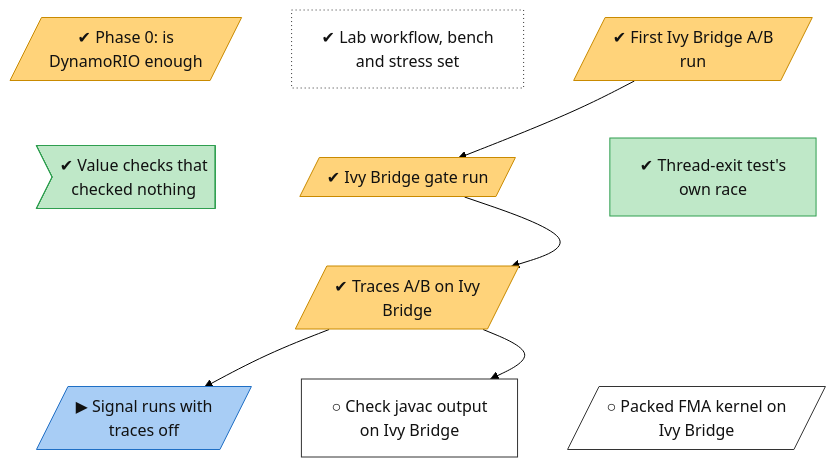
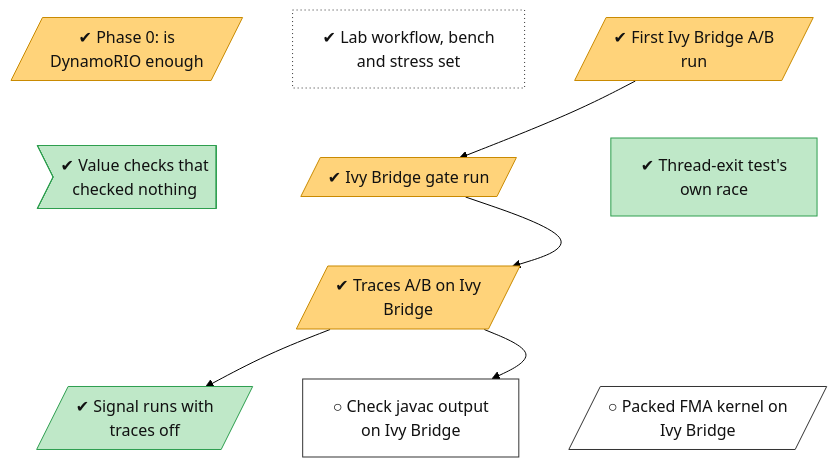
Before and after one commit to lhns/v3compat: the diagram in docs/roadmap/tracks/lab.md, drawn with Mermaid (forest theme). The commit also changed other lines of this file and 5 other files, not shown here.

First line of the commit message:
plan: traces off meets the signal gate on Ivy Bridge (0 of 1,000)

````diff
--- a/docs/roadmap/tracks/lab.md
+++ b/docs/roadmap/tracks/lab.md
@@ -10,45 +10,44 @@
 ```mermaid
 flowchart TB
     lab_phase0[/"✔ Phase 0: is<br/>DynamoRIO enough"/]
     lab_tooling["✔ Lab workflow, bench<br/>and stress set"]
     lab_ivy_ab[/"✔ First Ivy Bridge A/B<br/>run"/]
     lab_noop_value_checks>"✔ Value checks that<br/>checked nothing"]
     lab_ivy_gate[/"✔ Ivy Bridge gate run"/]
     lab_thread_exit_test["✔ Thread-exit test's<br/>own race"]
     lab_ivy_traces[/"✔ Traces A/B on Ivy<br/>Bridge"/]
-    lab_ivy_traces_signal[/"▶ Signal runs with<br/>traces off"/]
+    lab_ivy_traces_signal[/"✔ Signal runs with<br/>traces off"/]
     lab_javac_digest["○ Check javac output<br/>on Ivy Bridge"]
     lab_fma_ivy[/"○ Packed FMA kernel on<br/>Ivy Bridge"/]
     lab_phase0 ~~~ lab_noop_value_checks
     lab_tooling ~~~ lab_ivy_gate
     lab_ivy_ab ~~~ lab_thread_exit_test
     lab_noop_value_checks ~~~ lab_ivy_traces
     lab_ivy_gate ~~~ lab_ivy_traces
     lab_thread_exit_test ~~~ lab_ivy_traces
     lab_ivy_traces ~~~ lab_ivy_traces_signal
     lab_ivy_traces ~~~ lab_javac_digest
     lab_ivy_traces ~~~ lab_fma_ivy
     lab_ivy_ab --> lab_ivy_gate
     lab_ivy_gate --> lab_ivy_traces
     lab_ivy_traces --> lab_ivy_traces_signal
     lab_ivy_traces --> lab_javac_digest
     classDef vsucc fill:#2e9e4f,stroke:#1b6b34,color:#fff
     classDef succ fill:#bfe8c8,stroke:#2e9e4f,color:#111
     classDef mixed fill:#ffd37a,stroke:#c98a00,color:#111
     classDef bad fill:#f28b82,stroke:#b3261e,color:#111
     classDef dead fill:#e6e6e6,stroke:#777,stroke-dasharray:5 5,color:#555
     classDef inprog fill:#a8cdf5,stroke:#1f6fc5,color:#111
     classDef next fill:#fff,stroke:#333,color:#111
     classDef blocked fill:#fff,stroke:#b3261e,stroke-dasharray:2 2,color:#111
     classDef parked fill:#f3f3f3,stroke:#999,color:#555
     classDef unrated fill:#fff,stroke:#333,stroke-dasharray:1 3,color:#111
     classDef gate fill:#d9c2f0,stroke:#7b3fb5,color:#111
     classDef decided fill:#ece0f7,stroke:#7b3fb5,stroke-dasharray:2 2,color:#111
     classDef finding fill:#ffe0b2,stroke:#d84315,stroke-width:2px,color:#111
     classDef waiting fill:#e3f2fd,stroke:#1f6fc5,stroke-dasharray:5 5,color:#111
     class lab_phase0,lab_ivy_ab,lab_ivy_gate,lab_ivy_traces mixed
     class lab_tooling unrated
-    class lab_noop_value_checks,lab_thread_exit_test succ
-    class lab_ivy_traces_signal inprog
+    class lab_noop_value_checks,lab_thread_exit_test,lab_ivy_traces_signal succ
     class lab_javac_digest,lab_fma_ivy next
 ```
````
